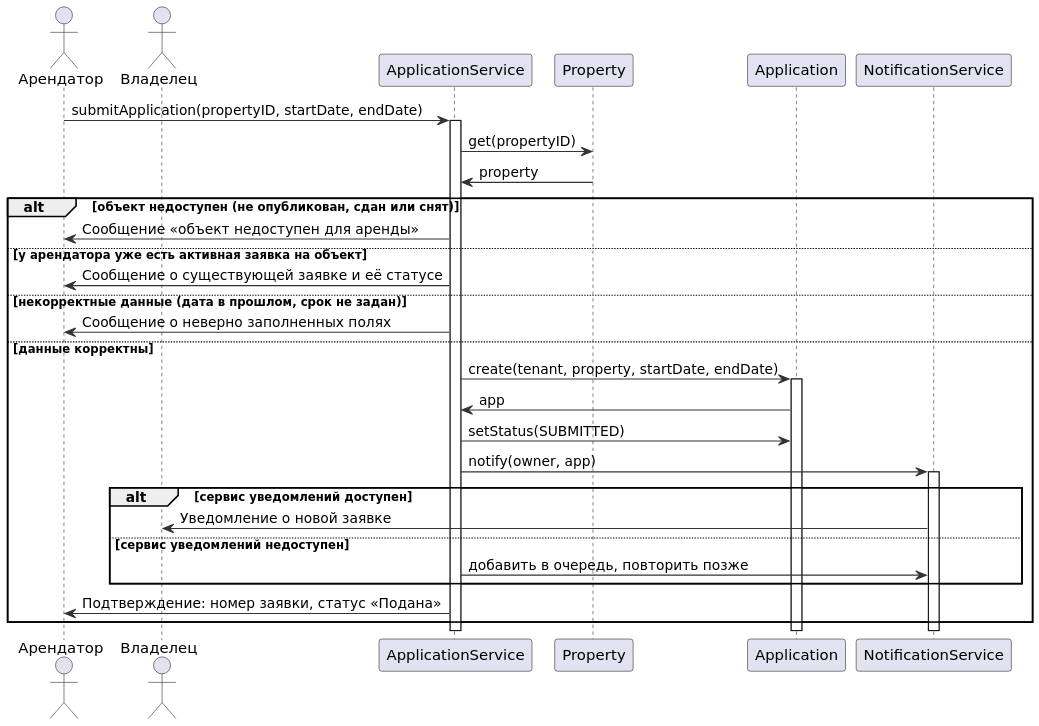
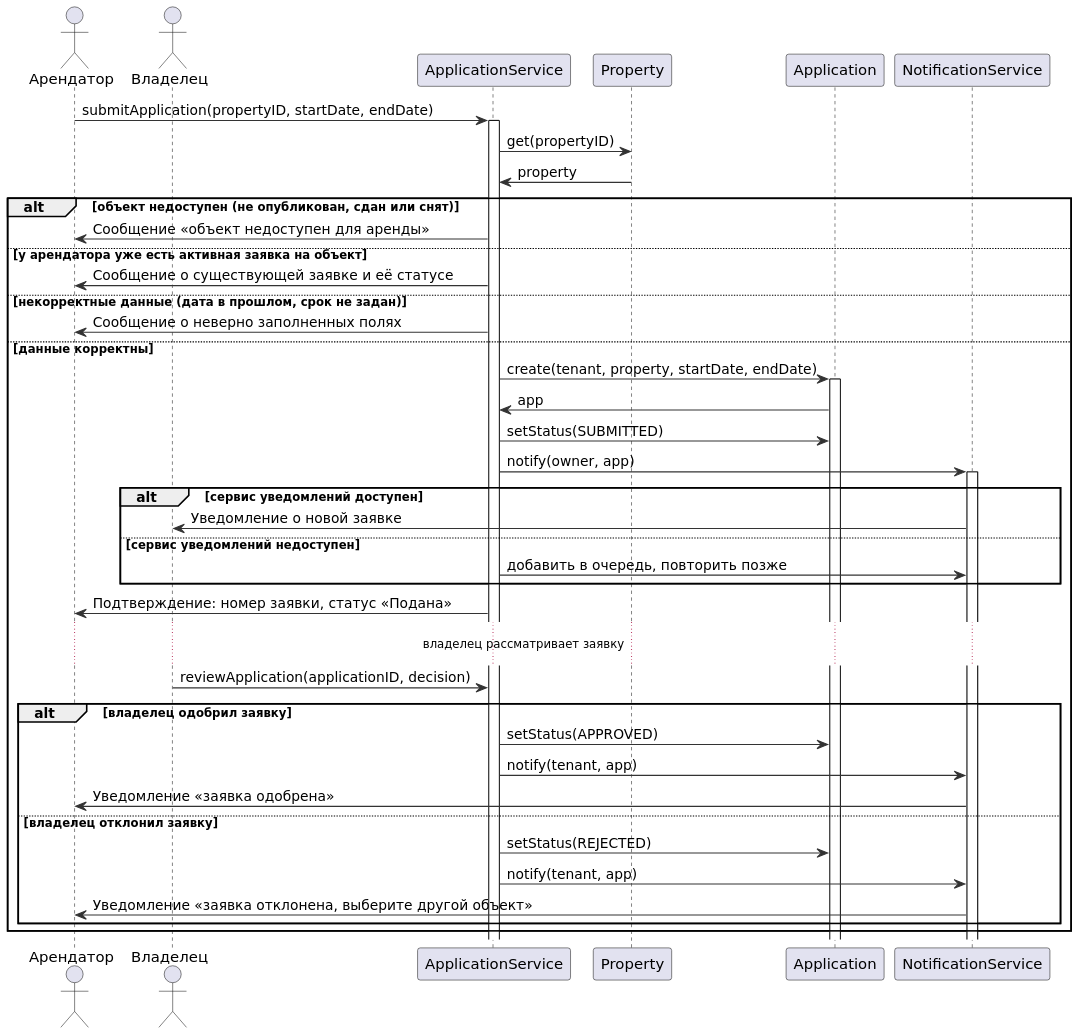
Before and after one commit to penamarth/bsbo-11-24_team2_var8_rentagency: the diagram in Прецеденты/Прецедент 2/ДП2 код.md, drawn with PlantUML. The commit also changed 1 other file, not shown here.

Commit message:
диаграмма прецедента 2: рассмотрение заявки

````diff
--- a/Прецеденты/Прецедент 2/ДП2 код.md
+++ b/Прецеденты/Прецедент 2/ДП2 код.md
@@ -2,37 +2,48 @@
 ```plantuml
 @startuml
 skinparam defaultFontName DejaVu Sans
 skinparam shadowing false
 skinparam dpi 150
 skinparam ArrowColor #333333
 skinparam backgroundColor white
 
 actor Арендатор
 actor Владелец
 
 Арендатор -> ApplicationService : submitApplication(propertyID, startDate, endDate)
 activate ApplicationService
 ApplicationService -> Property : get(propertyID)
 ApplicationService <- Property : property
 alt объект недоступен (не опубликован, сдан или снят)
 Арендатор <- ApplicationService : Сообщение «объект недоступен для аренды»
 else у арендатора уже есть активная заявка на объект
 Арендатор <- ApplicationService : Сообщение о существующей заявке и её статусе
 else некорректные данные (дата в прошлом, срок не задан)
 Арендатор <- ApplicationService : Сообщение о неверно заполненных полях
 else данные корректны
 ApplicationService -> Application : create(tenant, property, startDate, endDate)
 activate Application
 ApplicationService <- Application : app
 ApplicationService -> Application : setStatus(SUBMITTED)
 ApplicationService -> NotificationService : notify(owner, app)
 activate NotificationService
 alt сервис уведомлений доступен
 NotificationService -> Владелец : Уведомление о новой заявке
 else сервис уведомлений недоступен
 ApplicationService -> NotificationService : добавить в очередь, повторить позже
 end
 Арендатор <- ApplicationService : Подтверждение: номер заявки, статус «Подана»
+... владелец рассматривает заявку ...
+Владелец -> ApplicationService : reviewApplication(applicationID, decision)
+alt владелец одобрил заявку
+ApplicationService -> Application : setStatus(APPROVED)
+ApplicationService -> NotificationService : notify(tenant, app)
+NotificationService -> Арендатор : Уведомление «заявка одобрена»
+else владелец отклонил заявку
+ApplicationService -> Application : setStatus(REJECTED)
+ApplicationService -> NotificationService : notify(tenant, app)
+NotificationService -> Арендатор : Уведомление «заявка отклонена, выберите другой объект»
+end
 end
 @enduml
 ```
````
